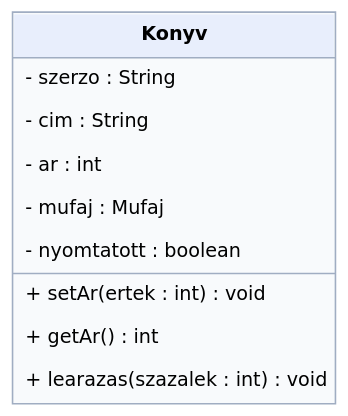
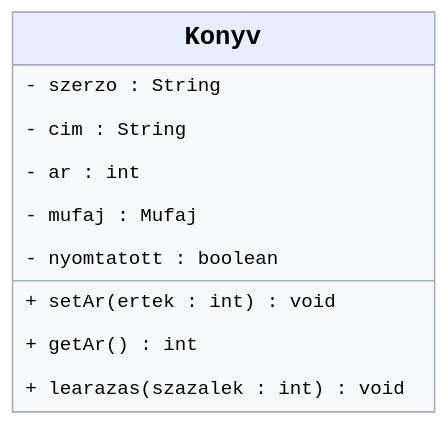
Before and after one commit to edetroll/java-oop: the diagram in content/chapters/03-adatrejtes/media/task2-hu.dot, drawn with Graphviz. The commit also changed 38 other files, not shown here.

```diff
--- a/content/chapters/03-adatrejtes/media/task2-hu.dot
+++ b/content/chapters/03-adatrejtes/media/task2-hu.dot
@@ -1,1 +1,1 @@
-digraph G { graph [bgcolor="transparent",pad="0.05"]; node [shape=plaintext,fontname="DejaVu Sans",fontsize=12]; a [label=<<TABLE BORDER="1" CELLBORDER="0" CELLSPACING="0" CELLPADDING="7" COLOR="#a0adc2" BGCOLOR="#f8fafc"><TR><TD BGCOLOR="#e8eefc"><B>Konyv</B></TD></TR><HR/><TR><TD ALIGN="LEFT" BALIGN="LEFT">- szerzo : String</TD></TR><TR><TD ALIGN="LEFT" BALIGN="LEFT">- cim : String</TD></TR><TR><TD ALIGN="LEFT" BALIGN="LEFT">- ar : int</TD></TR><TR><TD ALIGN="LEFT" BALIGN="LEFT">- mufaj : Mufaj</TD></TR><TR><TD ALIGN="LEFT" BALIGN="LEFT">- nyomtatott : boolean</TD></TR><HR/><TR><TD ALIGN="LEFT" BALIGN="LEFT">+ setAr(ertek : int) : void</TD></TR><TR><TD ALIGN="LEFT" BALIGN="LEFT">+ getAr() : int</TD></TR><TR><TD ALIGN="LEFT" BALIGN="LEFT">+ learazas(szazalek : int) : void</TD></TR></TABLE>>]; }
+digraph G { graph [bgcolor="transparent",pad="0.05"]; node [shape=plaintext,fontname="Liberation Mono",fontsize=12]; a [label=<<TABLE BORDER="1" CELLBORDER="0" CELLSPACING="0" CELLPADDING="7" COLOR="#a0adc2" BGCOLOR="#f8fafc"><TR><TD BGCOLOR="#e8eefc"><FONT FACE="Liberation Mono" POINT-SIZE="16"><B>Konyv</B></FONT></TD></TR><HR/><TR><TD ALIGN="LEFT" BALIGN="LEFT">- szerzo : String</TD></TR><TR><TD ALIGN="LEFT" BALIGN="LEFT">- cim : String</TD></TR><TR><TD ALIGN="LEFT" BALIGN="LEFT">- ar : int</TD></TR><TR><TD ALIGN="LEFT" BALIGN="LEFT">- mufaj : Mufaj</TD></TR><TR><TD ALIGN="LEFT" BALIGN="LEFT">- nyomtatott : boolean</TD></TR><HR/><TR><TD ALIGN="LEFT" BALIGN="LEFT">+ setAr(ertek : int) : void</TD></TR><TR><TD ALIGN="LEFT" BALIGN="LEFT">+ getAr() : int</TD></TR><TR><TD ALIGN="LEFT" BALIGN="LEFT">+ learazas(szazalek : int) : void</TD></TR></TABLE>>]; }
```
